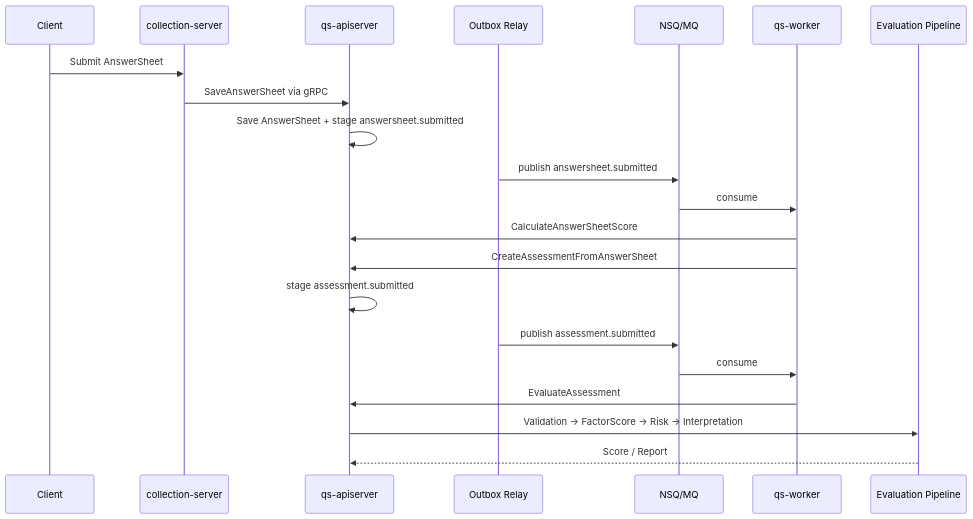
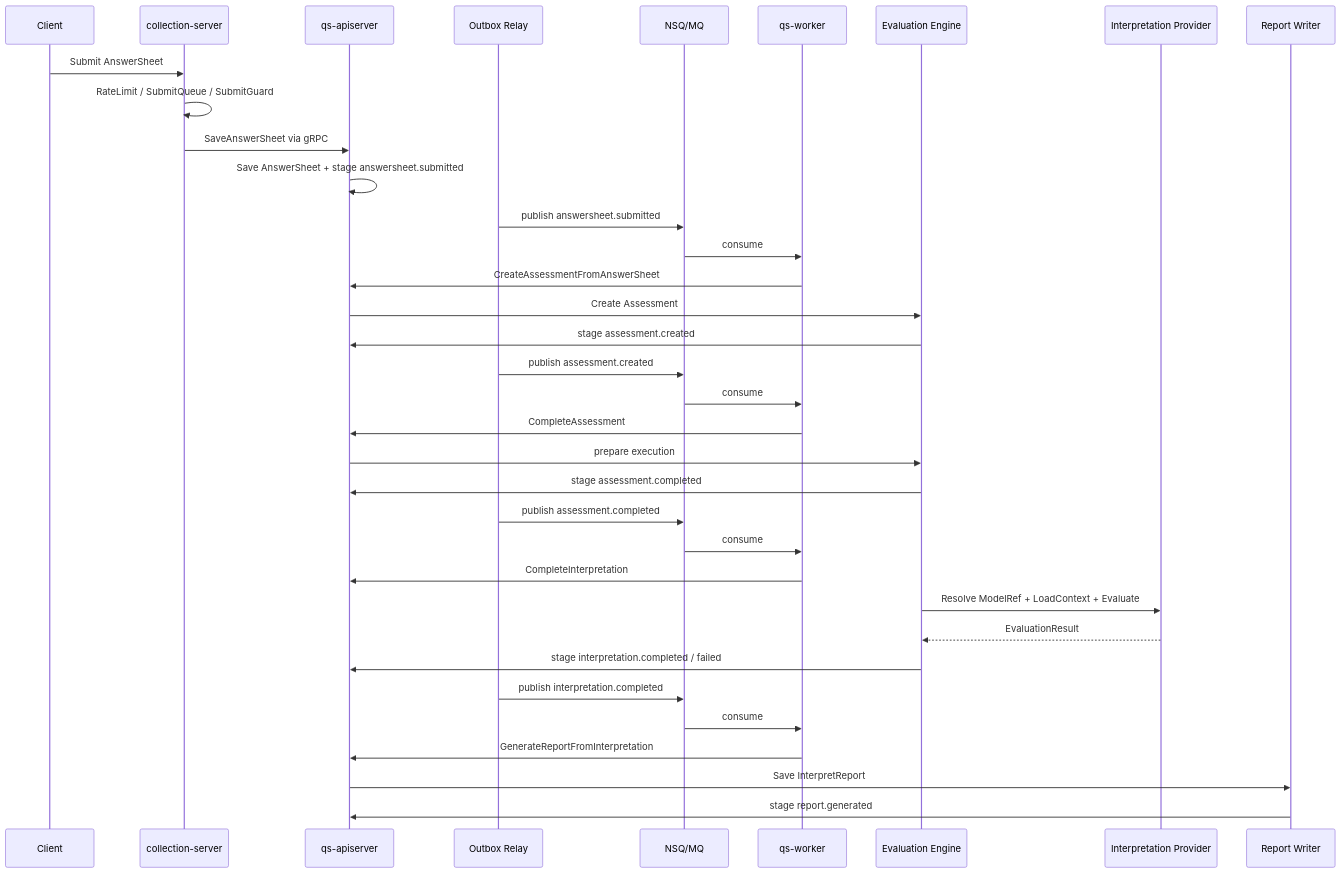
Before and after one commit to FangcunMount/qs-server: the fourth of 8 diagrams in docs/06-宣讲/09-30分钟技术分享脚本.md, drawn with Mermaid. The commit also changed other lines of this file and 25 other files, not shown here.

````diff
--- a/docs/06-宣讲/09-30分钟技术分享脚本.md
+++ b/docs/06-宣讲/09-30分钟技术分享脚本.md
@@ -281,24 +299,38 @@
 ```mermaid
 sequenceDiagram
     participant Client as Client
     participant Collection as collection-server
     participant API as qs-apiserver
     participant Outbox as Outbox Relay
     participant MQ as NSQ/MQ
     participant Worker as qs-worker
-    participant Pipeline as Evaluation Pipeline
+    participant Eval as Evaluation Engine
+    participant Provider as Interpretation Provider
+    participant Report as Report Writer
 
     Client->>Collection: Submit AnswerSheet
+    Collection->>Collection: RateLimit / SubmitQueue / SubmitGuard
     Collection->>API: SaveAnswerSheet via gRPC
     API->>API: Save AnswerSheet + stage answersheet.submitted
     Outbox->>MQ: publish answersheet.submitted
     MQ->>Worker: consume
-    Worker->>API: CalculateAnswerSheetScore
     Worker->>API: CreateAssessmentFromAnswerSheet
-    API->>API: stage assessment.submitted
-    Outbox->>MQ: publish assessment.submitted
+    API->>Eval: Create Assessment
+    Eval->>API: stage assessment.created
+    Outbox->>MQ: publish assessment.created
     MQ->>Worker: consume
-    Worker->>API: EvaluateAssessment
-    API->>Pipeline: Validation -> FactorScore -> Risk -> Interpretation
-    Pipeline-->>API: Score / Report
+    Worker->>API: CompleteAssessment
+    API->>Eval: prepare execution
+    Eval->>API: stage assessment.completed
+    Outbox->>MQ: publish assessment.completed
+    MQ->>Worker: consume
+    Worker->>API: CompleteInterpretation
+    Eval->>Provider: Resolve ModelRef + LoadContext + Evaluate
+    Provider-->>Eval: EvaluationResult
+    Eval->>API: stage interpretation.completed / failed
+    Outbox->>MQ: publish interpretation.completed
+    MQ->>Worker: consume
+    Worker->>API: GenerateReportFromInterpretation
+    API->>Report: Save InterpretReport
+    Report->>API: stage report.generated
 ```
````
